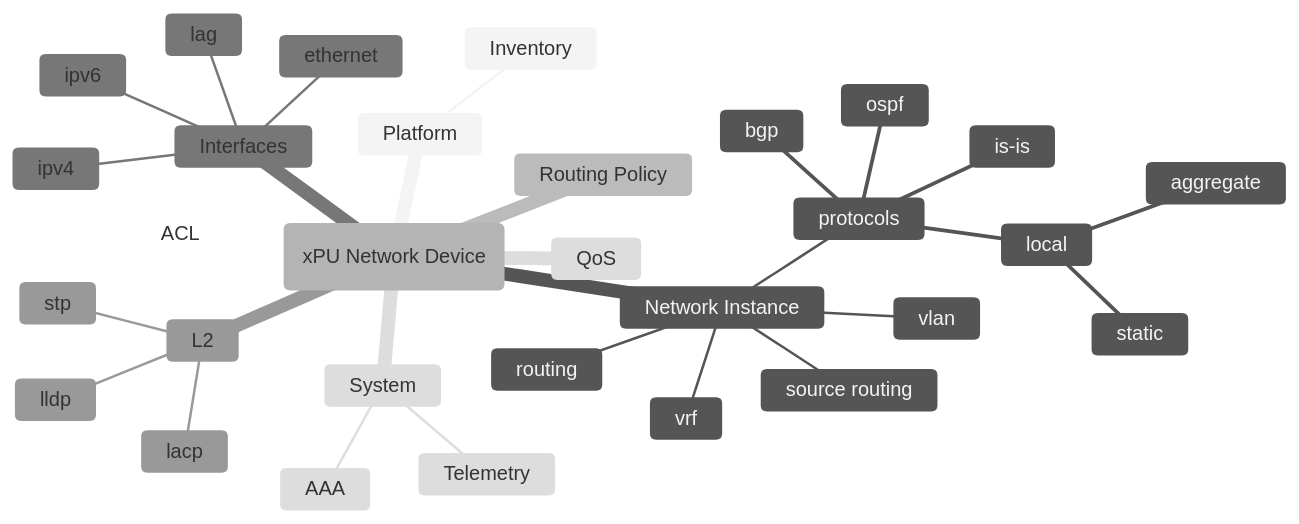
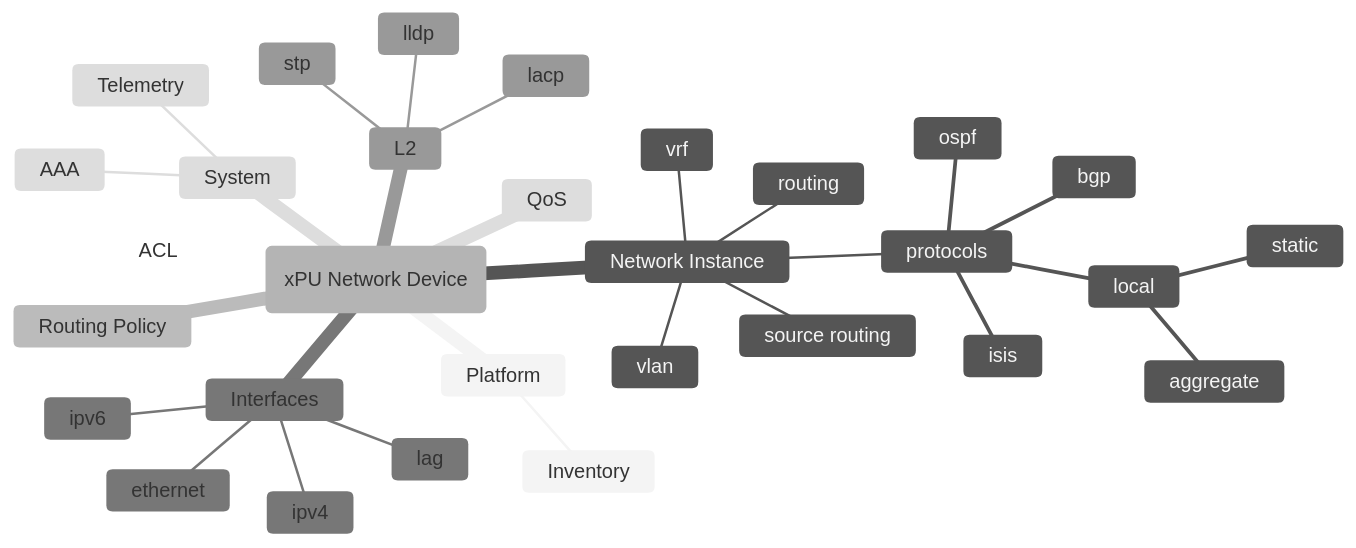
One commit to tedstreete/opi-api changed the fourth of 4 diagrams in network/README.md. Above: the diagram before and after it, drawn with Mermaid (neutral theme).

Commit message:
docs(network): fix openconfig mermaid diagram error

````diff
--- a/network/README.md
+++ b/network/README.md
@@ -167,33 +167,33 @@
 ```mermaid
 mindmap
 Root(xPU Network Device)
    Platform
       Inventory
    Network Instance
       vlan
       routing
       vrf
       source routing
       protocols
          local
             static
             aggregate
          bgp
          ospf
-         is-is
+         isis
    Routing Policy
    Interfaces
       ipv4
       ipv6
       ethernet
       lag
    L2
       lldp
       lacp
       stp
    System
       AAA
       Telemetry
    ACL
    QoS
 ```
````
